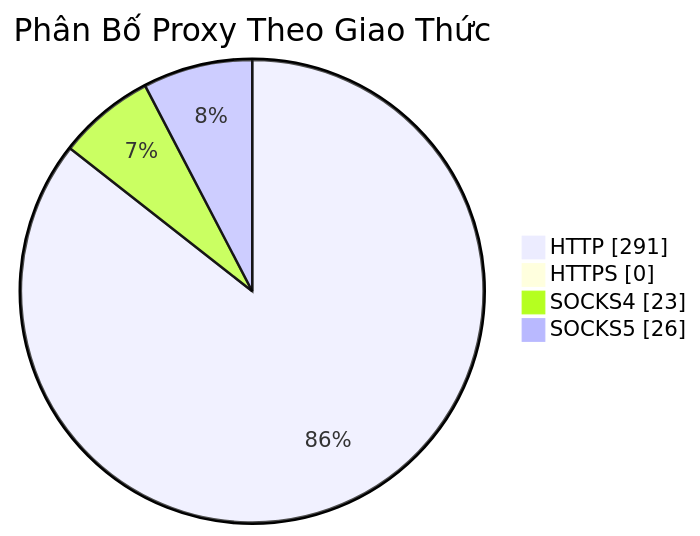
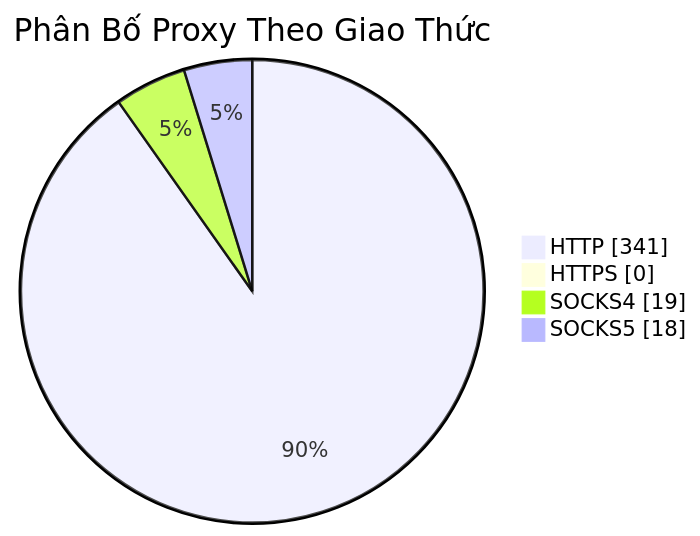
The diagram in README.md (Ciara-Aa/PROXY-free), drawn with Mermaid before and after one commit. The commit also changed other lines of this file and 3 other files, not shown here.

````diff
--- a/README.md
+++ b/README.md
@@ -26,7 +26,7 @@
 ```mermaid
 pie showData title Phân Bố Proxy Theo Giao Thức
-    "HTTP" : 291
+    "HTTP" : 341
     "HTTPS" : 0
-    "SOCKS4" : 23
-    "SOCKS5" : 26
+    "SOCKS4" : 19
+    "SOCKS5" : 18
 ```
````
